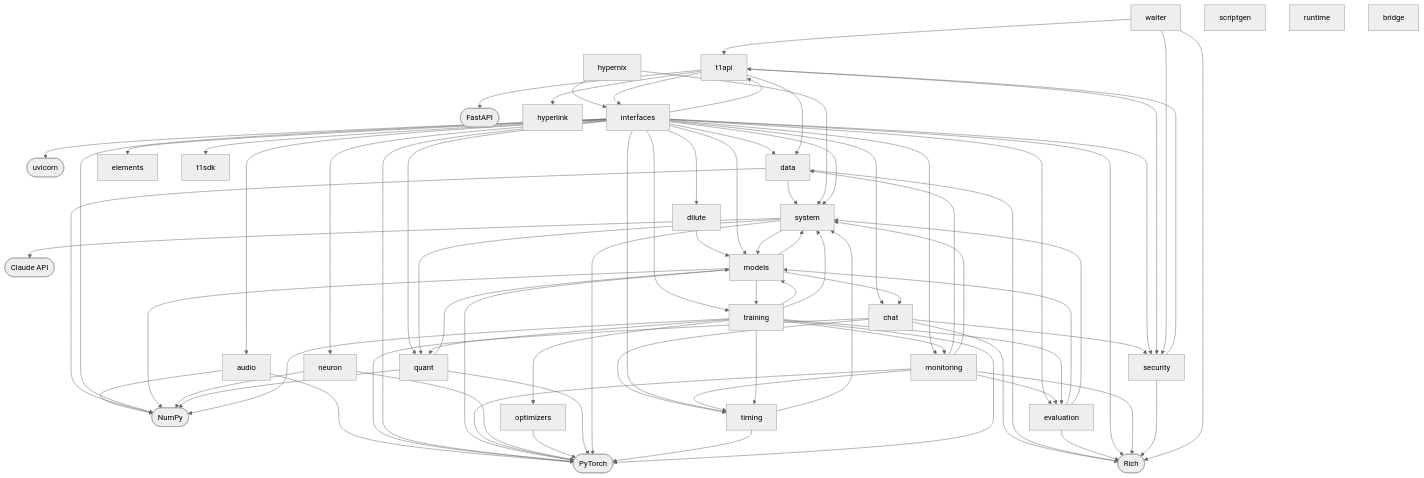
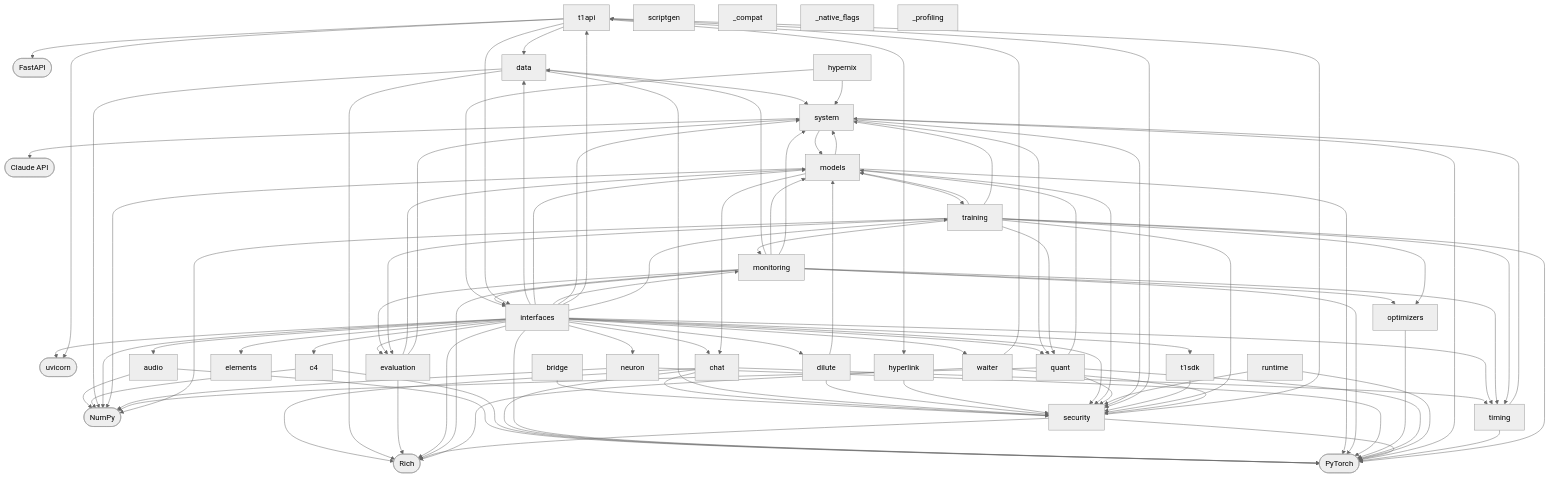
Before and after one commit to trail-b1az3r/HyperNix-pip: the first of 2 diagrams in wiki/Architecture.md, drawn with Mermaid (neutral theme).

Commit message:
docs: architecture chart for the current tree [skip ci]

```diff
--- a/wiki/Architecture.md
+++ b/wiki/Architecture.md
@@ -43,38 +43,47 @@
     dep_torch([PyTorch])
     dep_uvicorn([uvicorn])
     t1api["t1api"]
+    hyperlink["hyperlink"]
     system["system"]
     quant["quant"]
-    hyperlink["hyperlink"]
     interfaces["interfaces"]
+    models["models"]
+    monitoring["monitoring"]
     data["data"]
-    models["models"]
     training["training"]
-    monitoring["monitoring"]
+    security["security"]
+    c4["c4"]
     optimizers["optimizers"]
+    waiter["waiter"]
     neuron["neuron"]
-    waiter["waiter"]
     elements["elements"]
     evaluation["evaluation"]
     scriptgen["scriptgen"]
-    security["security"]
     audio["audio"]
     chat["chat"]
     timing["timing"]
     dilute["dilute"]
+    runtime["runtime"]
     t1sdk["t1sdk"]
-    runtime["runtime"]
+    _compat["_compat"]
     bridge["bridge"]
     hypernix["hypernix"]
+    _native_flags["_native_flags"]
+    _profiling["_profiling"]
+    bridge --> security
     chat --> security
     chat --> timing
+    data --> security
     data --> system
     dilute --> models
+    dilute --> security
     evaluation --> models
     evaluation --> system
+    hyperlink --> security
     hypernix --> interfaces
     hypernix --> system
     interfaces --> audio
+    interfaces --> c4
     interfaces --> chat
     interfaces --> data
     interfaces --> dilute
@@ -90,33 +99,45 @@
     interfaces --> t1sdk
     interfaces --> timing
     interfaces --> training
+    interfaces --> waiter
     models --> chat
+    models --> security
     models --> system
     models --> training
     monitoring --> data
     monitoring --> evaluation
+    monitoring --> interfaces
+    monitoring --> models
+    monitoring --> optimizers
     monitoring --> system
     monitoring --> timing
     quant --> models
+    quant --> security
+    runtime --> security
     security --> t1api
     system --> models
     system --> quant
+    system --> security
     t1api --> data
     t1api --> hyperlink
     t1api --> interfaces
     t1api --> security
+    t1sdk --> security
     timing --> system
     training --> evaluation
     training --> models
     training --> monitoring
     training --> optimizers
     training --> quant
+    training --> security
     training --> system
     training --> timing
     waiter --> security
     waiter --> t1api
     audio --> dep_numpy
     audio --> dep_torch
+    c4 --> dep_numpy
+    c4 --> dep_torch
     chat --> dep_rich
     chat --> dep_torch
     data --> dep_numpy
@@ -135,10 +156,13 @@
     optimizers --> dep_torch
     quant --> dep_numpy
     quant --> dep_torch
+    runtime --> dep_torch
     security --> dep_rich
+    security --> dep_torch
     system --> dep_anthropic
     system --> dep_torch
     t1api --> dep_fastapi
+    t1api --> dep_uvicorn
     timing --> dep_torch
     training --> dep_numpy
     training --> dep_torch
```
